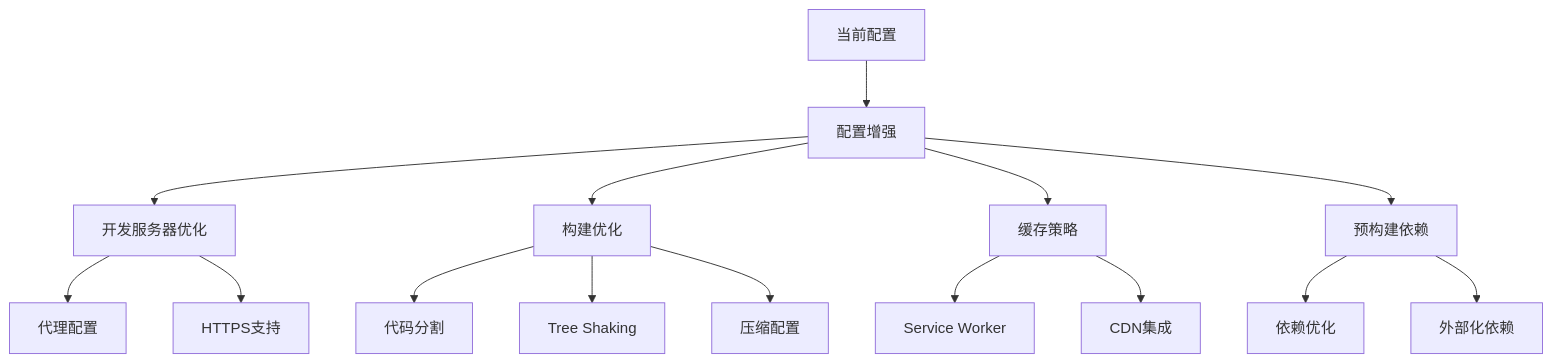
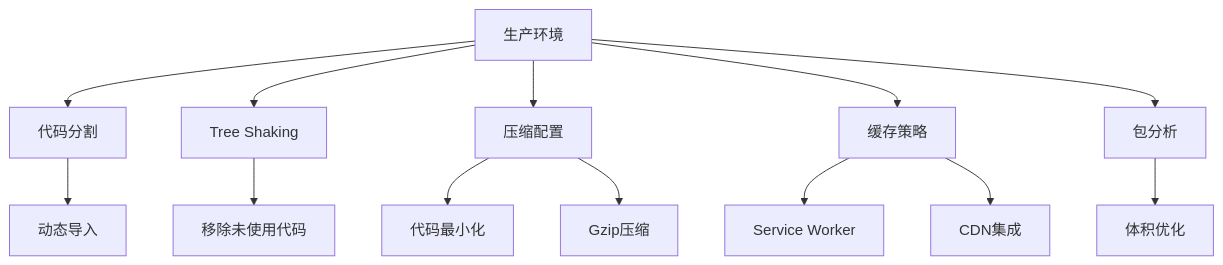
One commit to xianjianshenqu/SalesFlow-CRM changed diagram 11 of 11 in .qoder/repowiki/zh/content/开发指南/Vite构建配置.md. Above: the diagram before and after it, drawn with Mermaid. The commit also changed other lines of this file and 17 other files, not shown here.

````diff
--- a/.qoder/repowiki/zh/content/开发指南/Vite构建配置.md
+++ b/.qoder/repowiki/zh/content/开发指南/Vite构建配置.md
@@ -348,17 +418,15 @@
 ```mermaid
 flowchart TD
-Current[当前配置] --> Enhancement[配置增强]
-Enhancement --> DevServer[开发服务器优化]
-Enhancement --> BuildOpt[构建优化]
-Enhancement --> Caching[缓存策略]
-Enhancement --> Prebuild[预构建依赖]
-DevServer --> Proxy[代理配置]
-DevServer --> HTTPS[HTTPS支持]
-BuildOpt --> Splitting[代码分割]
-BuildOpt --> TreeShake[Tree Shaking]
-BuildOpt --> Compression[压缩配置]
-Caching --> SW[Service Worker]
+Production[生产环境] --> CodeSplitting[代码分割]
+Production --> TreeShaking[Tree Shaking]
+Production --> Compression[压缩配置]
+Production --> Caching[缓存策略]
+Production --> BundleAnalysis[包分析]
+CodeSplitting --> DynamicImport[动态导入]
+TreeShaking --> UnusedRemoval[移除未使用代码]
+Compression --> Minification[代码最小化]
+Compression --> Gzip[Gzip压缩]
+Caching --> ServiceWorker[Service Worker]
 Caching --> CDN[CDN集成]
-Prebuild --> OptimizeDeps[依赖优化]
-Prebuild --> External[外部化依赖]
+BundleAnalysis --> SizeOptimization[体积优化]
 ```
````
